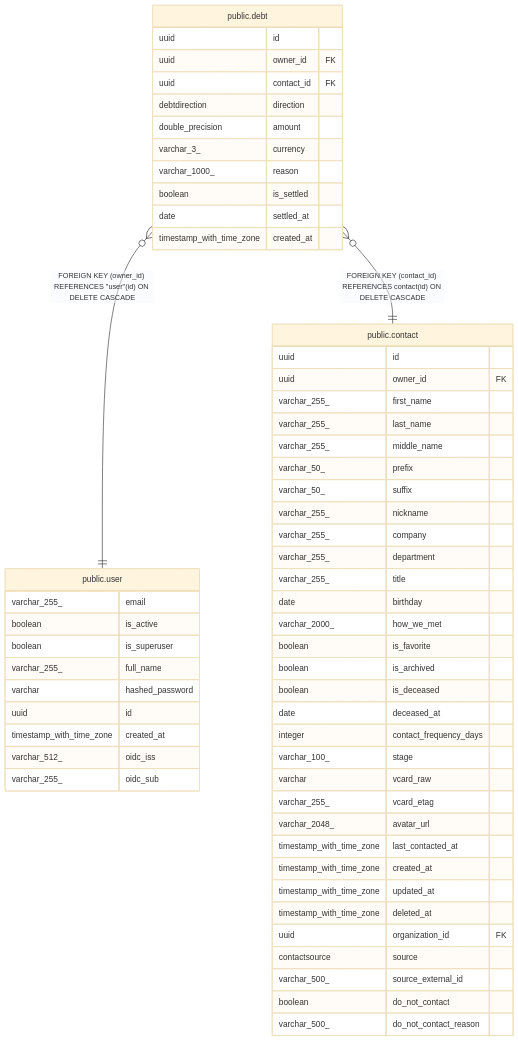
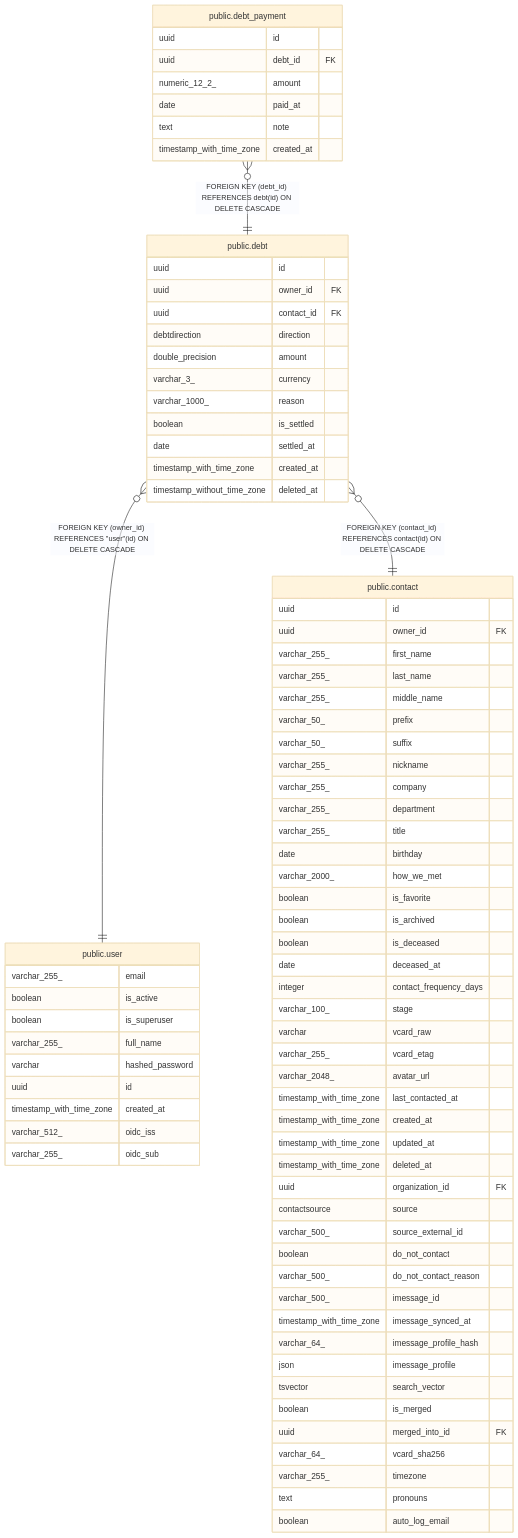
One commit to pike00/Kindred changed the diagram in docs/db/public.debt.md. Above: the diagram before and after it, drawn with Mermaid (base theme). The commit also changed other lines of this file and 32 other files, not shown here.

Commit message:
docs: regenerate db schema docs (tbls) — sync with live schema

````diff
--- a/docs/db/public.debt.md
+++ b/docs/db/public.debt.md
@@ -49,6 +51,7 @@
 ```mermaid
 erDiagram
 
+"public.debt_payment" }o--|| "public.debt" : "FOREIGN KEY (debt_id) REFERENCES debt(id) ON DELETE CASCADE"
 "public.debt" }o--|| "public.user" : "FOREIGN KEY (owner_id) REFERENCES #quot;user#quot;(id) ON DELETE CASCADE"
 "public.debt" }o--|| "public.contact" : "FOREIGN KEY (contact_id) REFERENCES contact(id) ON DELETE CASCADE"
 
@@ -62,6 +65,15 @@
   varchar_1000_ reason
   boolean is_settled
   date settled_at
+  timestamp_with_time_zone created_at
+  timestamp_without_time_zone deleted_at
+}
+"public.debt_payment" {
+  uuid id
+  uuid debt_id FK
+  numeric_12_2_ amount
+  date paid_at
+  text note
   timestamp_with_time_zone created_at
 }
 "public.user" {
@@ -107,5 +119,16 @@
   varchar_500_ source_external_id
   boolean do_not_contact
   varchar_500_ do_not_contact_reason
+  varchar_500_ imessage_id
+  timestamp_with_time_zone imessage_synced_at
+  varchar_64_ imessage_profile_hash
+  json imessage_profile
+  tsvector search_vector
+  boolean is_merged
+  uuid merged_into_id FK
+  varchar_64_ vcard_sha256
+  varchar_255_ timezone
+  text pronouns
+  boolean auto_log_email
 }
 ```
````
